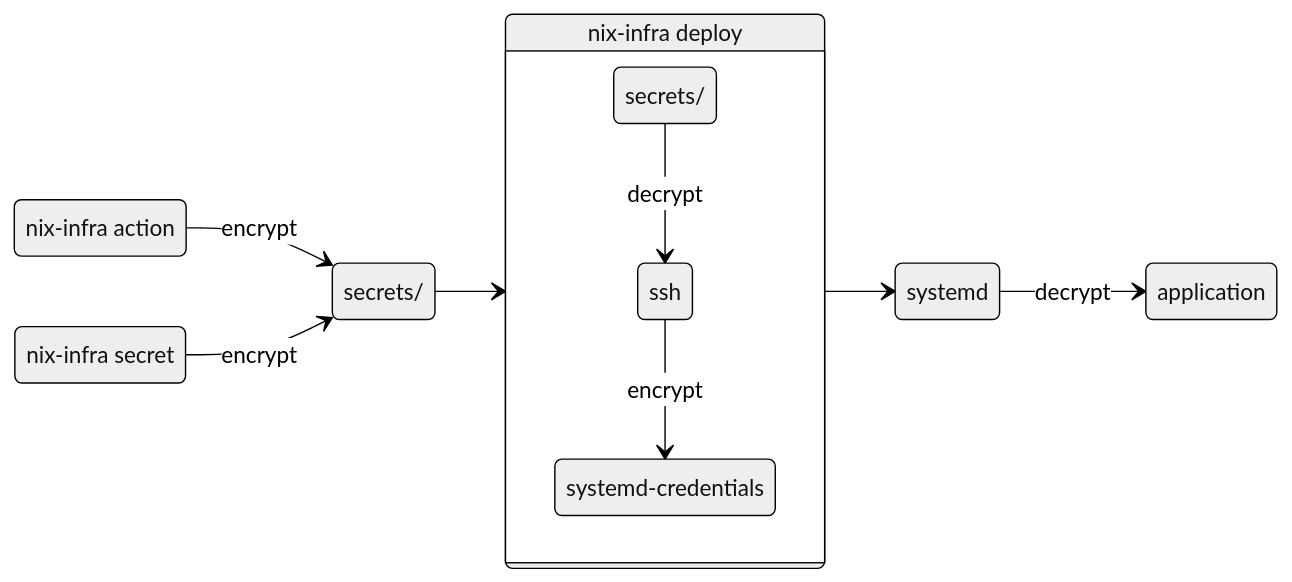
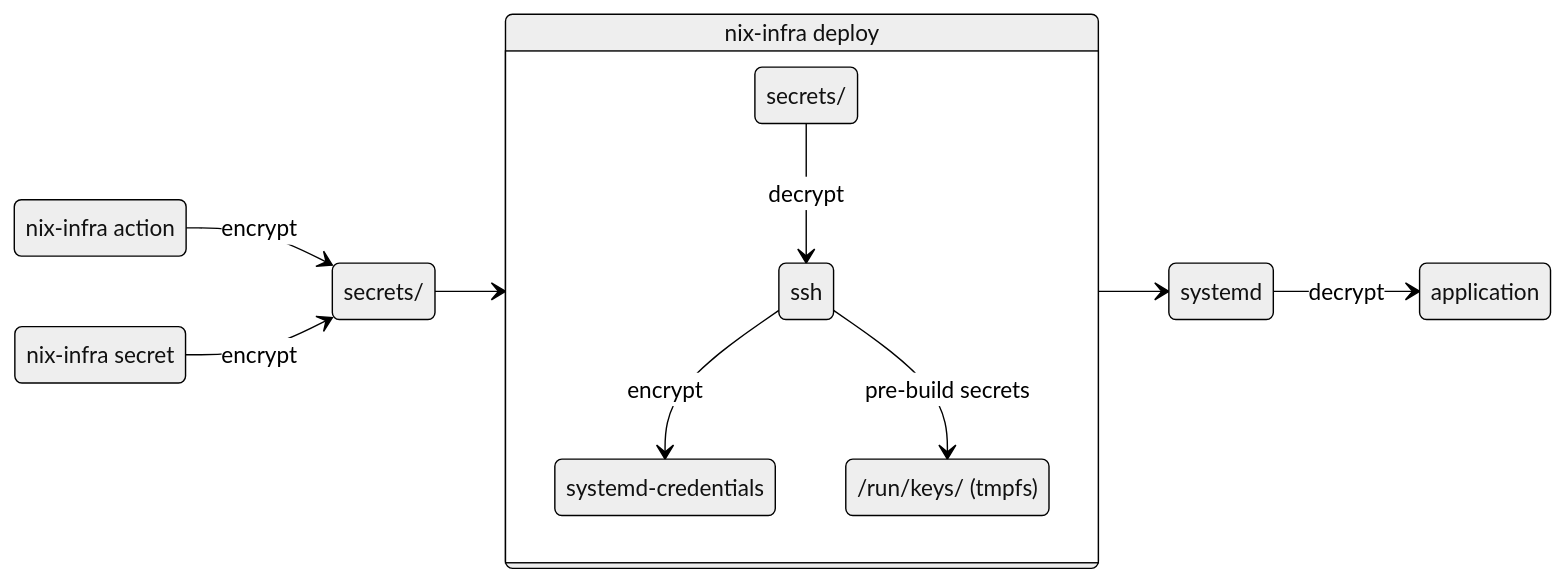
Before and after one commit to jhsware/nix-infra: the eighth of 8 diagrams in README.md, drawn with Mermaid (neutral theme). The commit also changed other lines of this file, not shown here.

First line of the commit message:
Update README.md with pre-build secrets documentation

````diff
--- a/README.md
+++ b/README.md
@@ -454,25 +454,27 @@
 ```mermaid
 stateDiagram
 direction LR
 
 action : nix-infra action
 secret : nix-infra secret
 local_secrets_enc : secrets/
 
 state cli_deploy {
   local_secrets_dec : secrets/
   ssh
   systemd_credentials : systemd-credentials
+  pre_build : /run/keys/ (tmpfs)
 }
 cli_deploy : nix-infra deploy
 
 action --> local_secrets_enc : encrypt
 secret --> local_secrets_enc : encrypt
 
 local_secrets_enc --> cli_deploy
 local_secrets_dec --> ssh : decrypt
 ssh --> systemd_credentials : encrypt
+ssh --> pre_build : pre-build secrets
 
 cli_deploy --> systemd
 systemd --> application : decrypt
 ```
````
